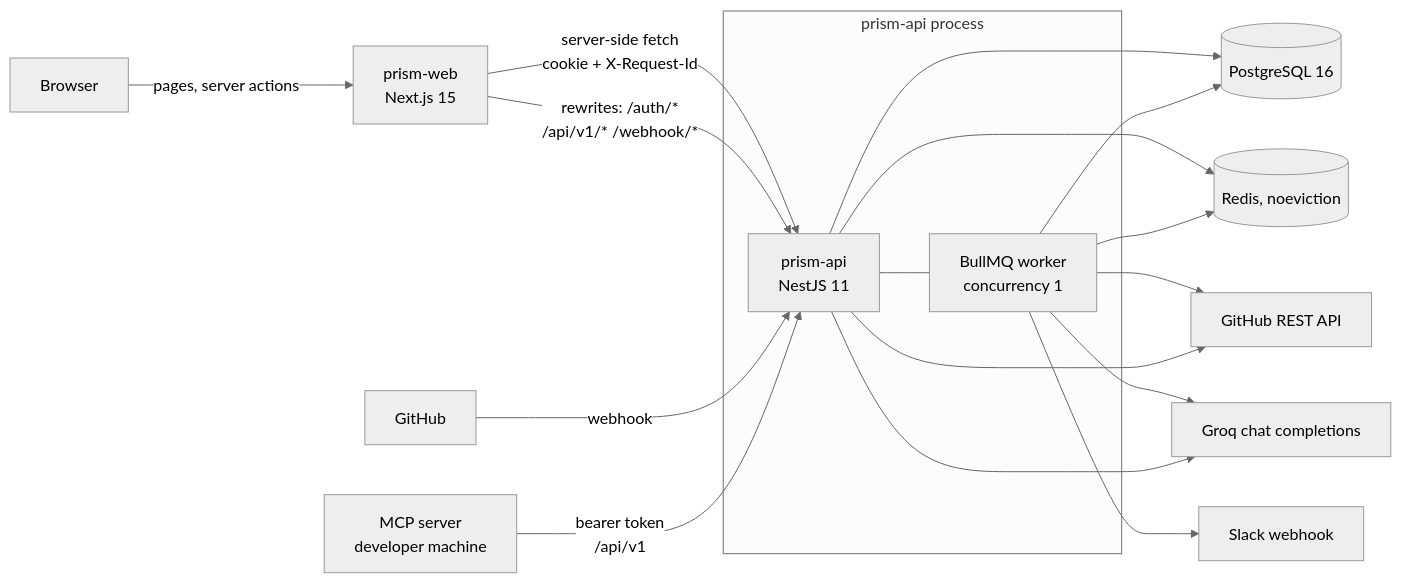
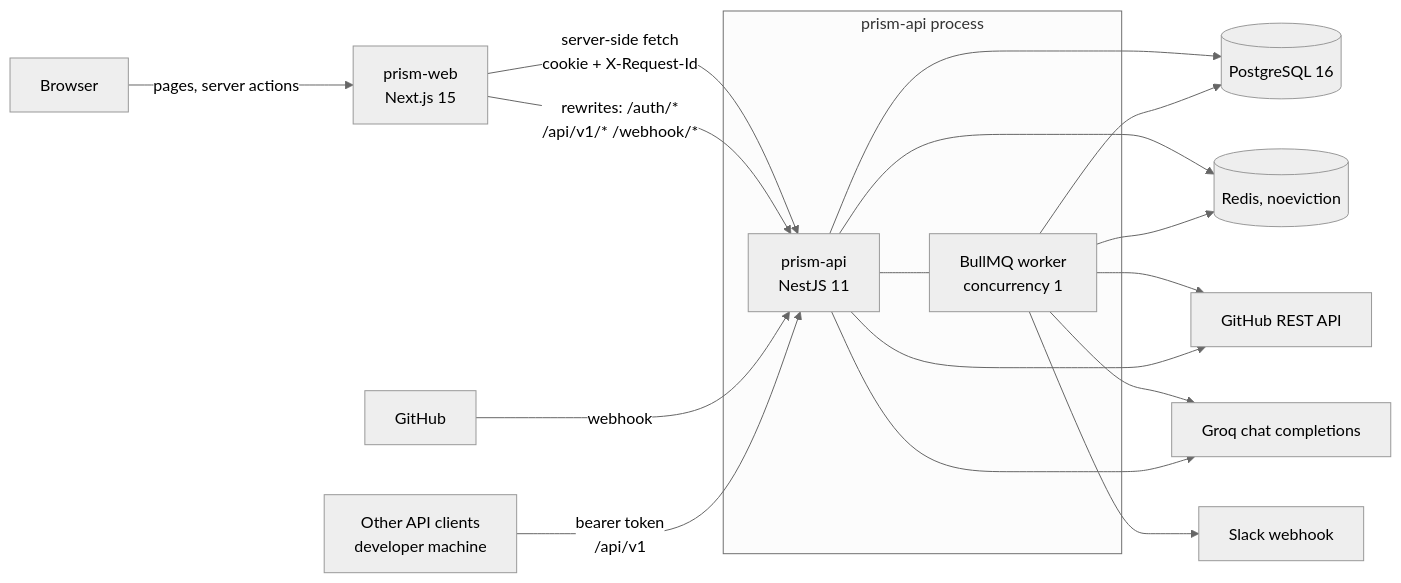
Before and after one commit to Muhammad-AIUB/PRISM: the diagram in docs/architecture.md, drawn with Mermaid (neutral theme). The commit also changed other lines of this file and 22 other files, not shown here.

First line of the commit message:
Remove the MCP server package and every reference to it

````diff
--- a/docs/architecture.md
+++ b/docs/architecture.md
@@ -26,20 +26,20 @@
 ```mermaid
 flowchart LR
     B[Browser] -->|pages, server actions| WEB[prism-web<br/>Next.js 15]
     WEB -->|server-side fetch<br/>cookie + X-Request-Id| API[prism-api<br/>NestJS 11]
     WEB -->|rewrites: /auth/*<br/>/api/v1/* /webhook/*| API
     GH[GitHub] -->|webhook| API
-    MCP[MCP server<br/>developer machine] -->|bearer token<br/>/api/v1| API
+    CLI[Other API clients<br/>developer machine] -->|bearer token<br/>/api/v1| API
     subgraph proc [prism-api process]
         API --- Q[BullMQ worker<br/>concurrency 1]
     end
     API --> PG[(PostgreSQL 16)]
     API --> RD[(Redis, noeviction)]
     Q --> PG
     Q --> RD
     Q --> GHAPI[GitHub REST API]
     API --> GHAPI
     Q --> GROQ[Groq chat completions]
     API --> GROQ
     Q --> SLACK[Slack webhook]
 ```
````
